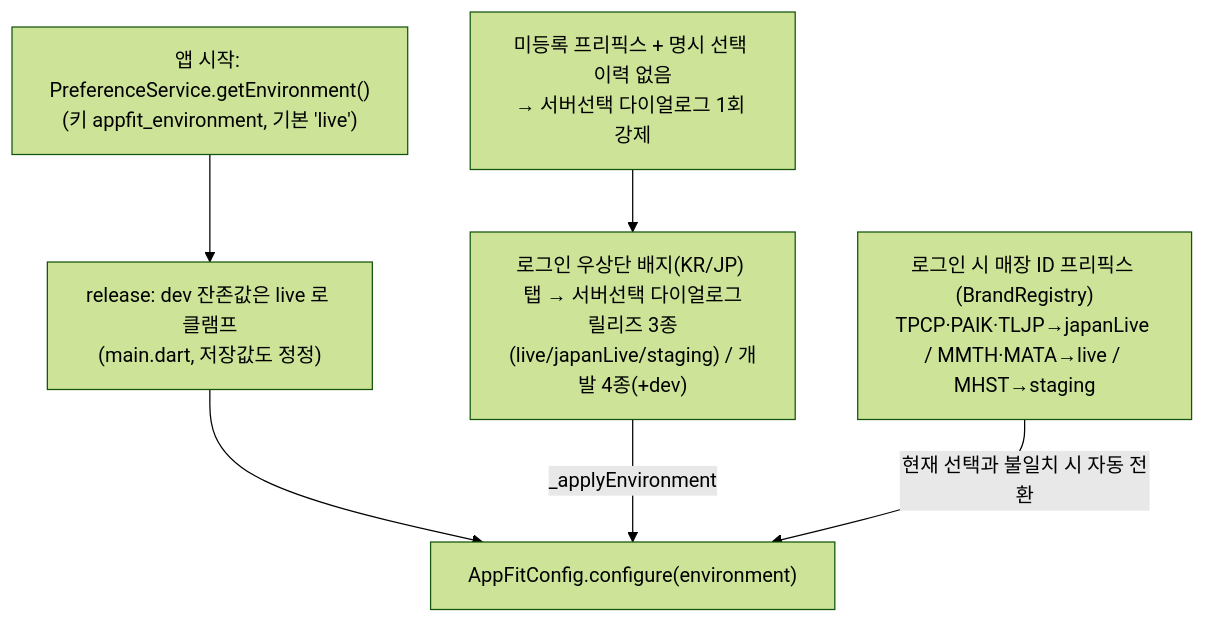
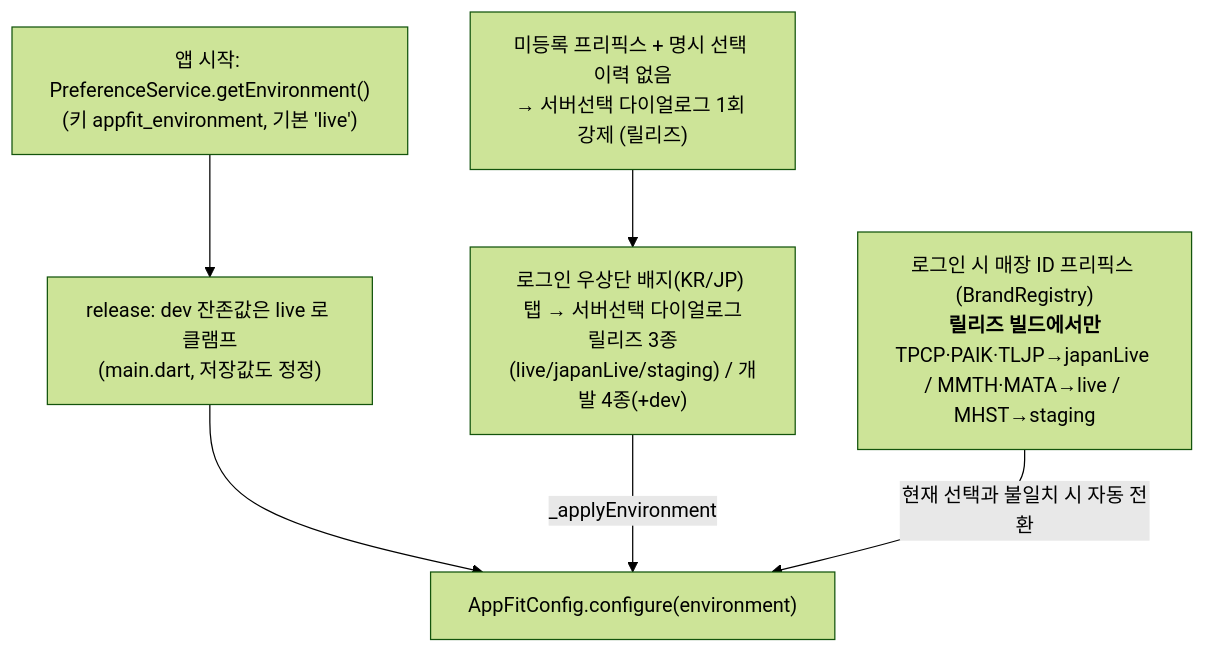
Before and after one commit to waldlustpos/appfit_order_agent: the first of 2 diagrams in docs/BUILD_VARIANTS.md, drawn with Mermaid (forest theme). The commit also changed other lines of this file and 4 other files, not shown here.

````diff
--- a/docs/BUILD_VARIANTS.md
+++ b/docs/BUILD_VARIANTS.md
@@ -40,14 +40,14 @@
 ```mermaid
 flowchart TD
     START["앱 시작: PreferenceService.getEnvironment()<br/>(키 appfit_environment, 기본 'live')"]
     CLAMP["release: dev 잔존값은 live 로 클램프<br/>(main.dart, 저장값도 정정)"]
     CONF["AppFitConfig.configure(environment)"]
     BADGE["로그인 우상단 배지(KR/JP) 탭 → 서버선택 다이얼로그<br/>릴리즈 3종(live/japanLive/staging) / 개발 4종(+dev)"]
-    PREFIX["로그인 시 매장 ID 프리픽스 (BrandRegistry)<br/>TPCP·PAIK·TLJP→japanLive / MMTH·MATA→live / MHST→staging"]
-    UNKNOWN["미등록 프리픽스 + 명시 선택 이력 없음<br/>→ 서버선택 다이얼로그 1회 강제"]
+    PREFIX["로그인 시 매장 ID 프리픽스 (BrandRegistry)<br/><b>릴리즈 빌드에서만</b><br/>TPCP·PAIK·TLJP→japanLive / MMTH·MATA→live / MHST→staging"]
+    UNKNOWN["미등록 프리픽스 + 명시 선택 이력 없음<br/>→ 서버선택 다이얼로그 1회 강제 (릴리즈)"]
 
     START --> CLAMP --> CONF
     BADGE -->|_applyEnvironment| CONF
     PREFIX -->|현재 선택과 불일치 시 자동 전환| CONF
     UNKNOWN --> BADGE
 ```
````
